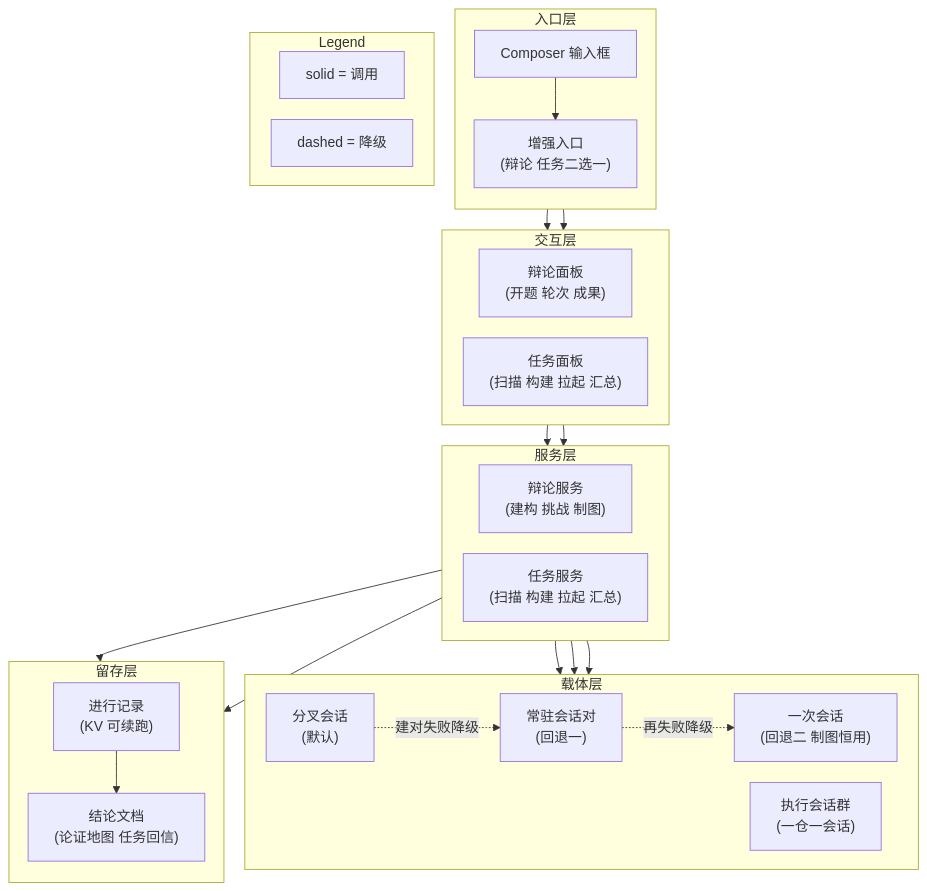
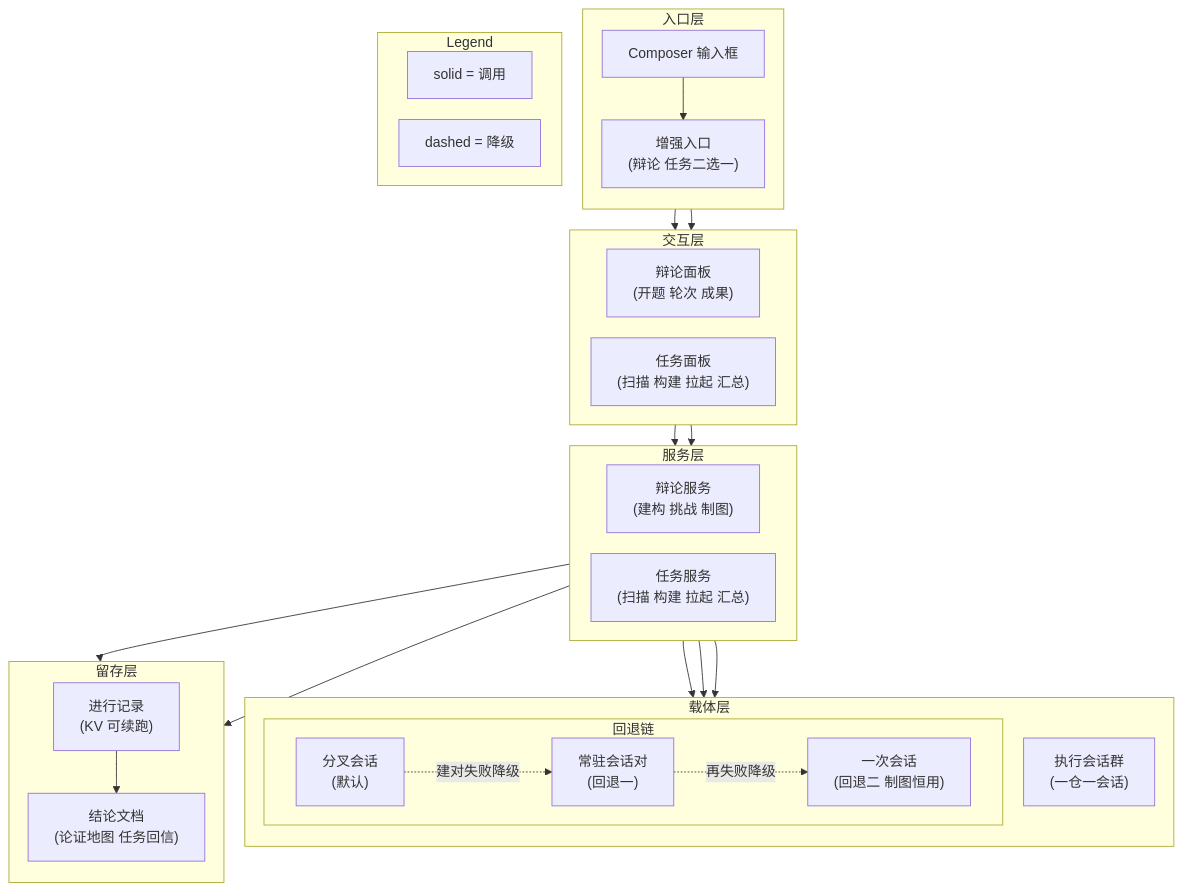
The second of 4 diagrams in docs/architecture.md (doubleelec/dsh-debate), drawn with Mermaid before and after one commit.

Commit message:
docs(arch): group 4.2 carry tier as fallback chain plus task group

````diff
--- a/docs/architecture.md
+++ b/docs/architecture.md
@@ -86,51 +86,54 @@
 ```mermaid
 %%{init: {"flowchart": {"rankSpacing": 24, "nodeSpacing": 24}}}%%
 flowchart TD
     subgraph Entry["入口层"]
         direction TB
         composer["Composer 输入框"]
         menu["增强入口<br/>(辩论 任务二选一)"]
         composer --> menu
     end
     subgraph Face["交互层"]
         direction LR
         debateUI["辩论面板<br/>(开题 轮次 成果)"]
         taskUI["任务面板<br/>(扫描 构建 拉起 汇总)"]
     end
     subgraph Service["服务层"]
         direction LR
         debateSvc["辩论服务<br/>(建构 挑战 制图)"]
         taskSvc["任务服务<br/>(扫描 构建 拉起 汇总)"]
     end
     subgraph Carry["载体层"]
-        direction LR
-        fork["分叉会话<br/>(默认)"]
-        resident["常驻会话对<br/>(回退一)"]
-        oneshot["一次会话<br/>(回退二 制图恒用)"]
+        direction TB
+        subgraph FallbackChain["回退链"]
+            direction LR
+            fork["分叉会话<br/>(默认)"]
+            resident["常驻会话对<br/>(回退一)"]
+            oneshot["一次会话<br/>(回退二 制图恒用)"]
+        end
         taskGroup["执行会话群<br/>(一仓一会话)"]
     end
     subgraph Keep["留存层"]
         direction TB
         kv["进行记录<br/>(KV 可续跑)"]
         docs["结论文档<br/>(论证地图 任务回信)"]
         kv --> docs
     end
 
     menu --> debateUI
     menu --> taskUI
     debateUI --> debateSvc
     taskUI --> taskSvc
     debateSvc --> fork
     fork -.->|建对失败降级| resident
     resident -.->|再失败降级| oneshot
     debateSvc --> oneshot
     taskSvc --> taskGroup
     debateSvc --> kv
     taskSvc --> kv
 
     subgraph Legend["Legend"]
         direction LR
         L1["solid = 调用"]
         L2["dashed = 降级"]
     end
 ```
````
